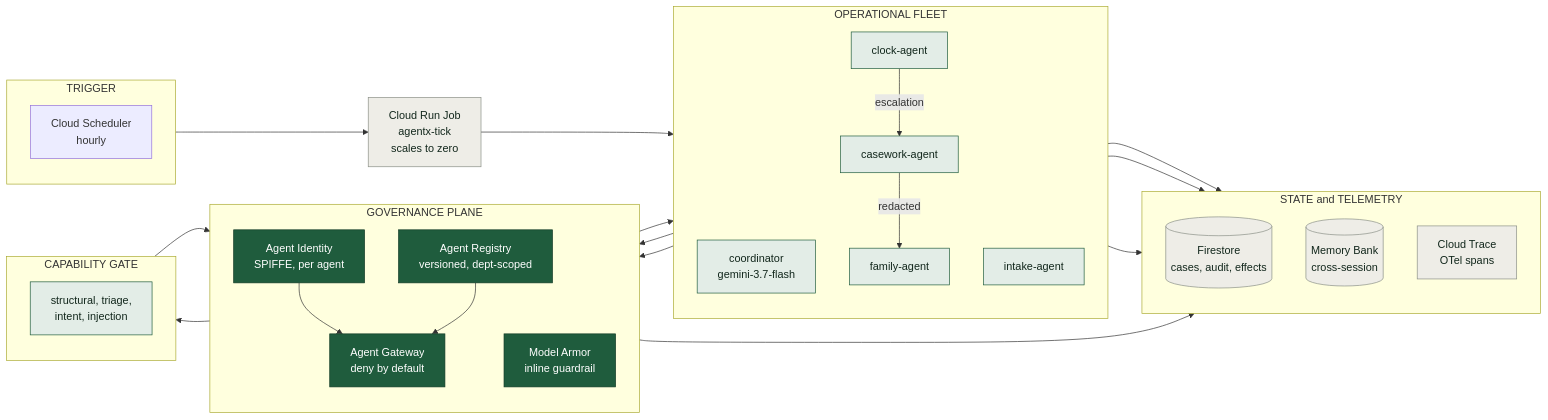
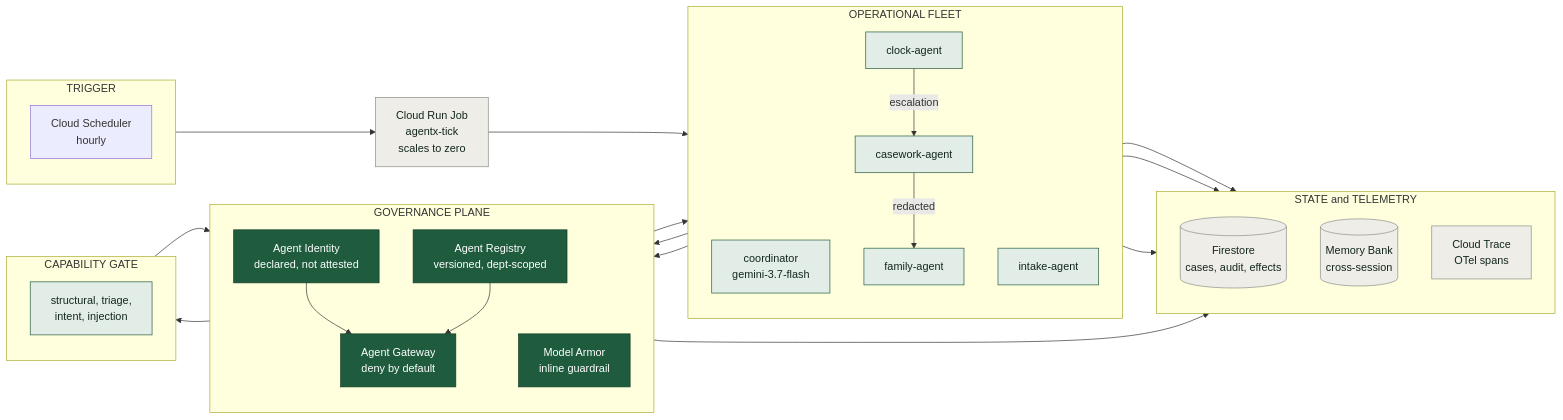
The diagram in docs/diagrams/01-system-overview.mmd (Aditya-galaxy/Hopscotch), drawn with Mermaid before and after one commit. The commit also changed 5 other files, not shown here.

First line of the commit message:
Correct two overclaims: identity is declared, notices are not delivered

```diff
--- a/docs/diagrams/01-system-overview.mmd
+++ b/docs/diagrams/01-system-overview.mmd
@@ -1,59 +1,59 @@
 flowchart LR
     subgraph TRIG["TRIGGER"]
         direction TB
         SCH["Cloud Scheduler<br/>hourly"]
     end
 
     JOB["Cloud Run Job<br/>agentx-tick<br/>scales to zero"]
 
     subgraph GOV["GOVERNANCE PLANE"]
         direction TB
         GW["Agent Gateway<br/>deny by default"]
-        ID["Agent Identity<br/>SPIFFE, per agent"]
+        ID["Agent Identity<br/>declared, not attested"]
         REG["Agent Registry<br/>versioned, dept-scoped"]
         MA["Model Armor<br/>inline guardrail"]
     end
 
     subgraph FLEET["OPERATIONAL FLEET"]
         direction TB
         CO["coordinator<br/>gemini-3.7-flash"]
         IN["intake-agent"]
         CL["clock-agent"]
         CW["casework-agent"]
         FA["family-agent"]
     end
 
     subgraph GATE["CAPABILITY GATE"]
         direction TB
         RV["structural, triage,<br/>intent, injection"]
     end
 
     subgraph STATE["STATE and TELEMETRY"]
         direction TB
         FS[("Firestore<br/>cases, audit, effects")]
         MB[("Memory Bank<br/>cross-session")]
         CT["Cloud Trace<br/>OTel spans"]
     end
 
     SCH --> JOB
     JOB --> CO
     CO --> GW
     ID --> GW
     REG --> GW
     GW --> FLEET
     CL -->|escalation| CW
     CW -->|redacted| FA
     IN --> MA
     MA --> RV
     RV --> REG
     FLEET --> FS
     FA --> MB
     CO --> CT
     GW --> FS
 
     classDef gov fill:#1F5C3D,stroke:#123a26,color:#ffffff
     classDef fleet fill:#E3EDE7,stroke:#1F5C3D,color:#12271c
     classDef store fill:#EEEDE7,stroke:#8a8f86,color:#12271c
     class GW,ID,REG,MA gov
     class CO,IN,CL,CW,FA,RV fleet
     class FS,MB,CT,JOB store
```
